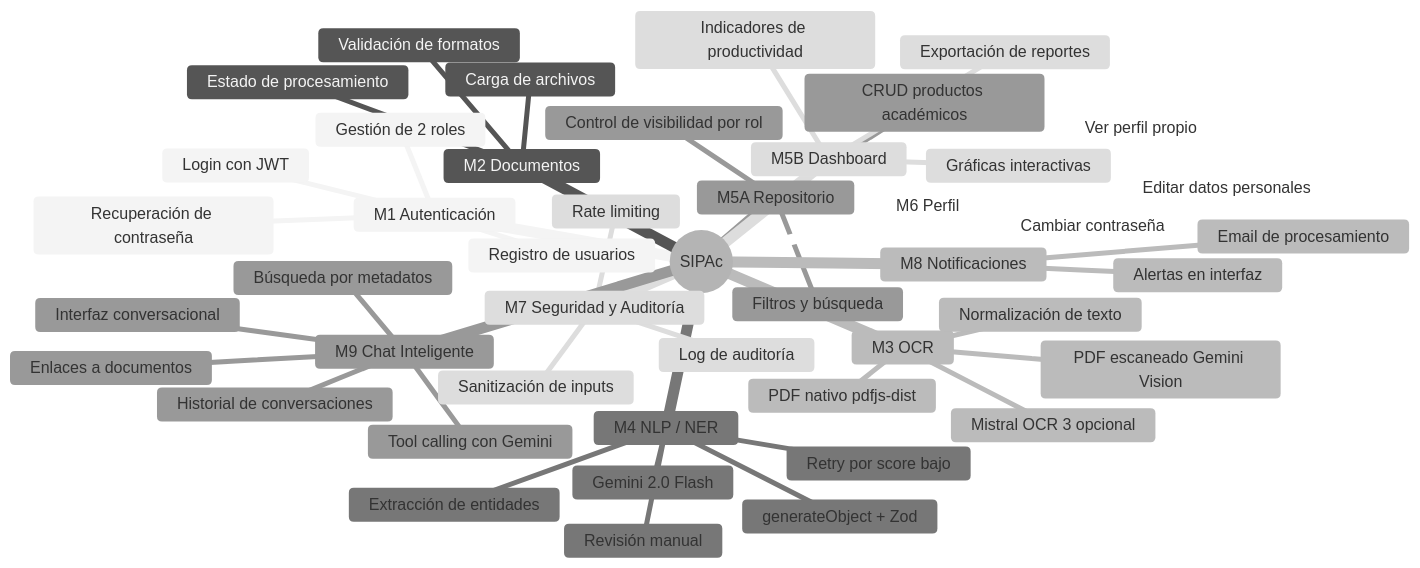
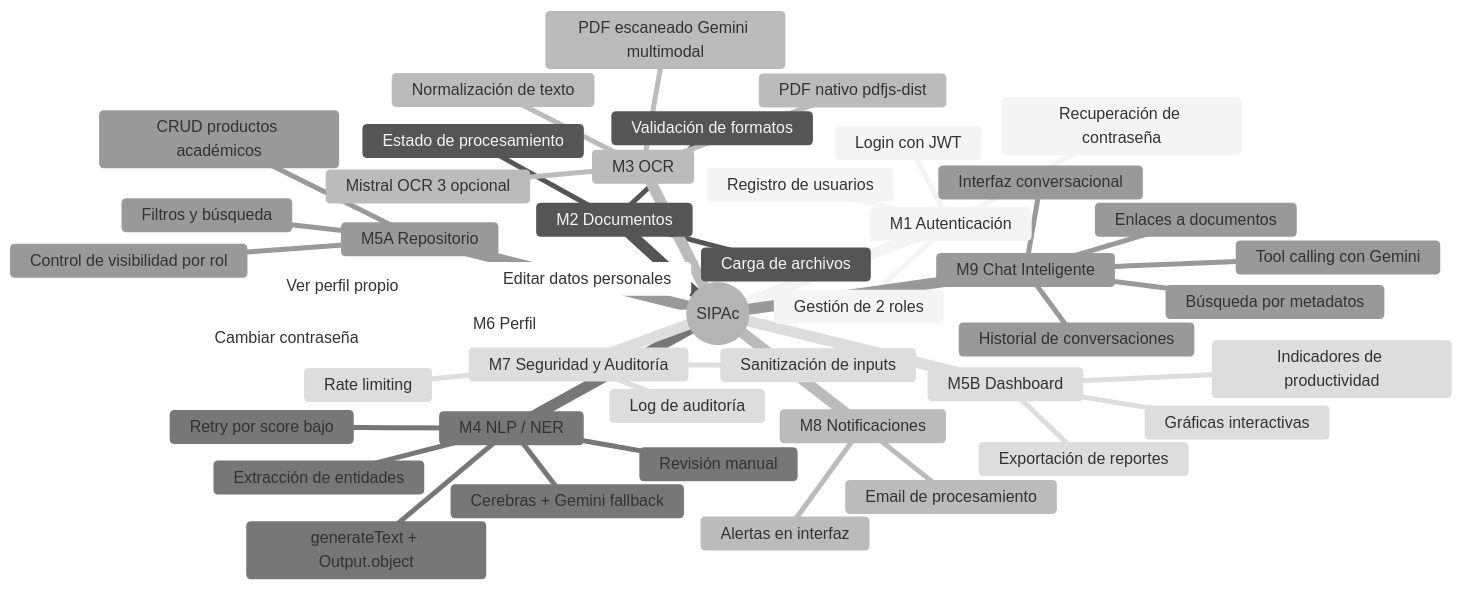
The first of 3 diagrams in docs/analisis-diseno/documentacion/02-requisitos-funcionales.md (KarloZ7715/SIPAc), drawn with Mermaid (neutral theme) before and after one commit. The commit also changed other lines of this file and 8 other files, not shown here.

````diff
--- a/docs/analisis-diseno/documentacion/02-requisitos-funcionales.md
+++ b/docs/analisis-diseno/documentacion/02-requisitos-funcionales.md
@@ -81,52 +82,52 @@
 ```mermaid
 ---
 id: 37baaeb4-dadb-4c3c-bf5e-b237b92bd6ce
 ---
 mindmap
   root((SIPAc))
     M1 Autenticación
       Registro de usuarios
       Login con JWT
       Gestión de 2 roles
       Recuperación de contraseña
     M2 Documentos
       Carga de archivos
       Validación de formatos
       Estado de procesamiento
     M3 OCR
       PDF nativo pdfjs-dist
-      PDF escaneado Gemini Vision
+      PDF escaneado Gemini multimodal
       Mistral OCR 3 opcional
       Normalización de texto
     M4 NLP / NER
-      generateObject + Zod
-      Gemini 2.0 Flash
+      generateText + Output.object
+      Cerebras + Gemini fallback
       Extracción de entidades
       Revisión manual
       Retry por score bajo
     M5A Repositorio
       CRUD productos académicos
       Filtros y búsqueda
       Control de visibilidad por rol
     M5B Dashboard
       Indicadores de productividad
       Gráficas interactivas
       Exportación de reportes
     M6 Perfil
       Ver perfil propio
       Editar datos personales
       Cambiar contraseña
     M7 Seguridad y Auditoría
       Sanitización de inputs
       Log de auditoría
       Rate limiting
     M8 Notificaciones
       Email de procesamiento
       Alertas en interfaz
     M9 Chat Inteligente
       Interfaz conversacional
       Búsqueda por metadatos
       Tool calling con Gemini
       Historial de conversaciones
       Enlaces a documentos
 ```
````
